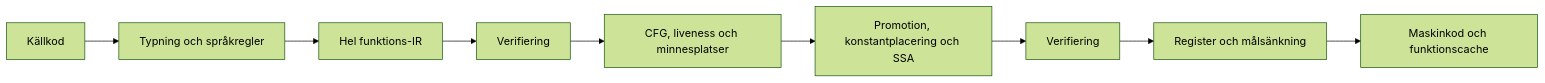
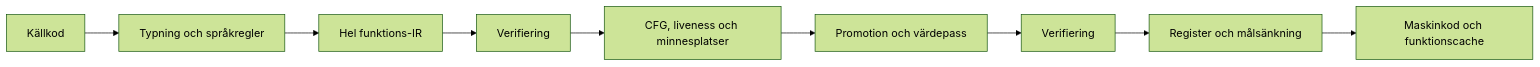
Before and after one commit to Mik-pe/dunder: the diagram in docs/whole-function-ir-plan.md, drawn with Mermaid (forest theme). The commit also changed other lines of this file and 7 other files, not shown here.

````diff
--- a/docs/whole-function-ir-plan.md
+++ b/docs/whole-function-ir-plan.md
@@ -11,11 +12,11 @@
 ```mermaid
 flowchart LR
     source[Källkod] --> frontend[Typning och språkregler]
     frontend --> mir[Hel funktions-IR]
     mir --> verify[Verifiering]
     verify --> dataflow[CFG, liveness och minnesplatser]
-    dataflow --> optimize[Promotion, konstantplacering och SSA]
+    dataflow --> optimize[Promotion och värdepass]
     optimize --> verify2[Verifiering]
     verify2 --> lower[Register och målsänkning]
     lower --> image[Maskinkod och funktionscache]
 ```
````
